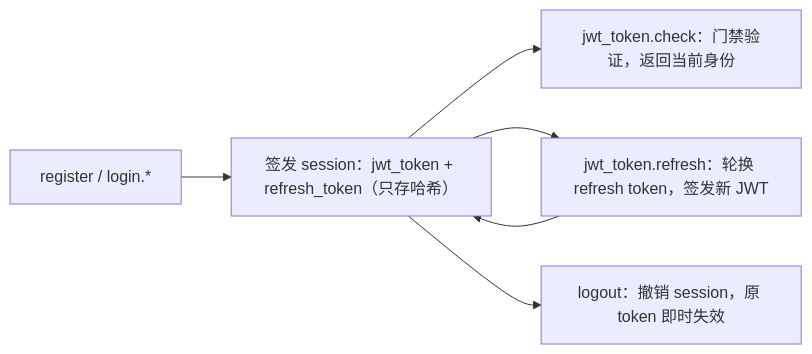
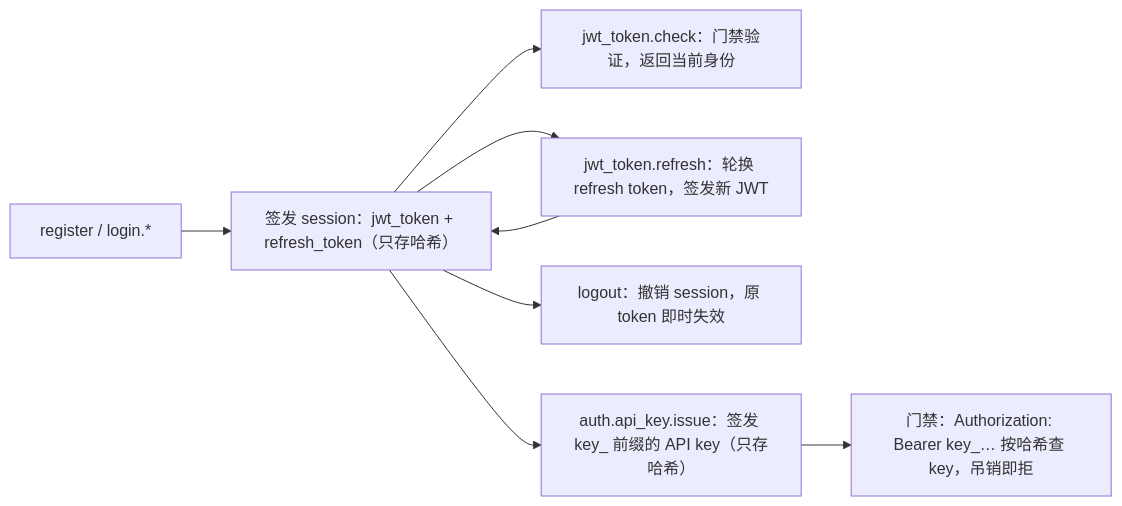
The second of 2 diagrams in docs/ability_auth.md (0xdevelop/project_template_go), drawn with Mermaid before and after one commit. The commit also changed other lines of this file and 11 other files, not shown here.

Commit message:
feat(auth): key_ API key 与 JWT 走同一条门禁，查用户和写入身份收成 admitJWTCredential

````diff
--- a/docs/ability_auth.md
+++ b/docs/ability_auth.md
@@ -49,8 +53,10 @@
 ```mermaid
 flowchart LR
     Login["register / login.*"] --> Session["签发 session：jwt_token + refresh_token（只存哈希）"]
     Session --> Check["jwt_token.check：门禁验证，返回当前身份"]
     Session --> Refresh["jwt_token.refresh：轮换 refresh token，签发新 JWT"]
     Refresh --> Session
     Session --> Logout["logout：撤销 session，原 token 即时失效"]
+    Session --> Issue["auth.api_key.issue：签发 key_ 前缀的 API key（只存哈希）"]
+    Issue --> Gate["门禁：Authorization: Bearer key_… 按哈希查 key，吊销即拒"]
 ```
````
